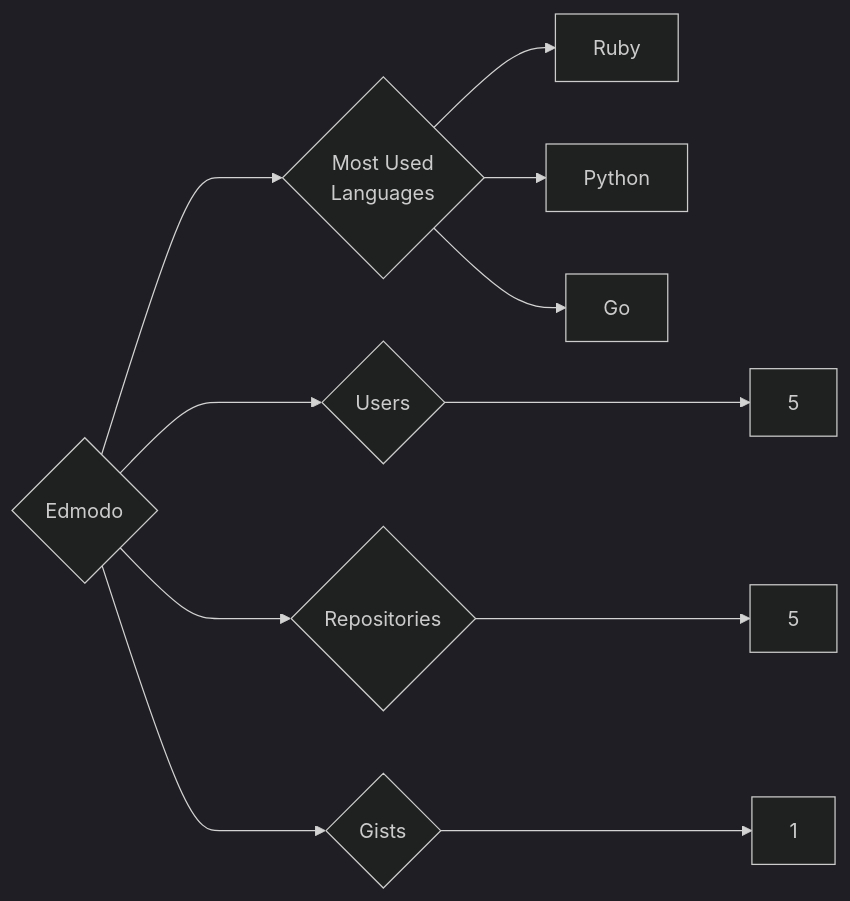
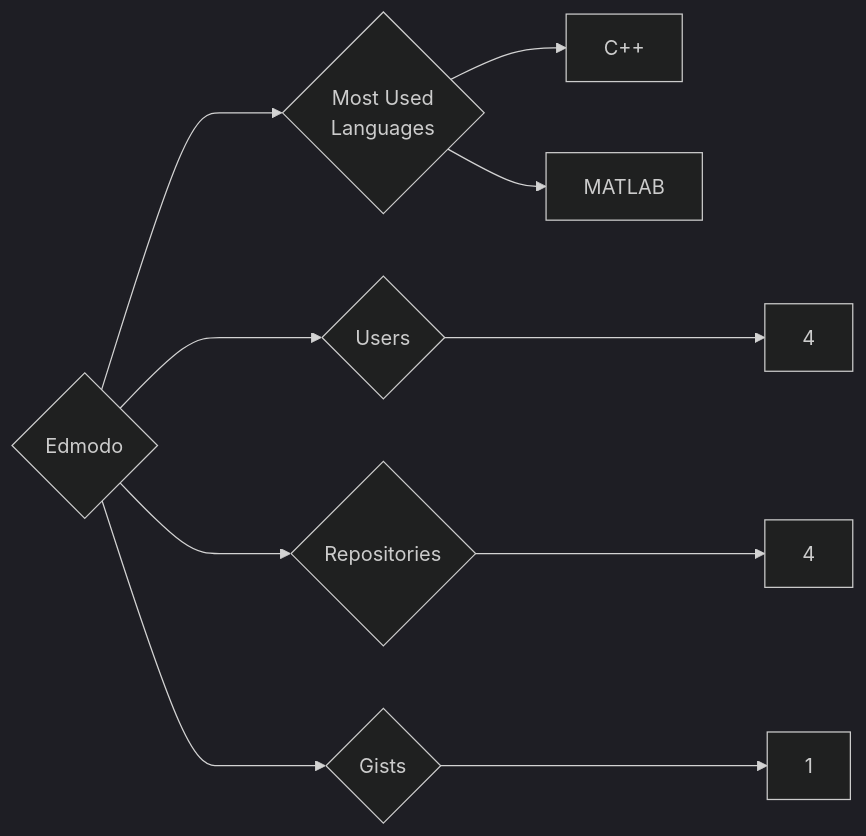
The diagram in targets/Edmodo/README.md (trickest/insiders), drawn with Mermaid (dark theme) before and after one commit. The commit also changed 721 other files, not shown here.

````diff
--- a/targets/Edmodo/README.md
+++ b/targets/Edmodo/README.md
@@ -3,11 +3,10 @@
 ```mermaid
 graph LR
 COMPANY_NAME{Edmodo}
-COMPANY_NAME ---> U{Users} ---> UN[5]
-COMPANY_NAME ---> R{Repositories} ---> RN[5]
+COMPANY_NAME ---> U{Users} ---> UN[4]
+COMPANY_NAME ---> R{Repositories} ---> RN[4]
 COMPANY_NAME ---> G{Gists} ---> GN[1]
 COMPANY_NAME ---> ML{Most Used<br>Languages}
-ML --> Ruby[Ruby]
-ML --> Python[Python]
-ML --> Go[Go]
+ML --> C++[C++]
+ML --> MATLAB[MATLAB]
 ```
````
